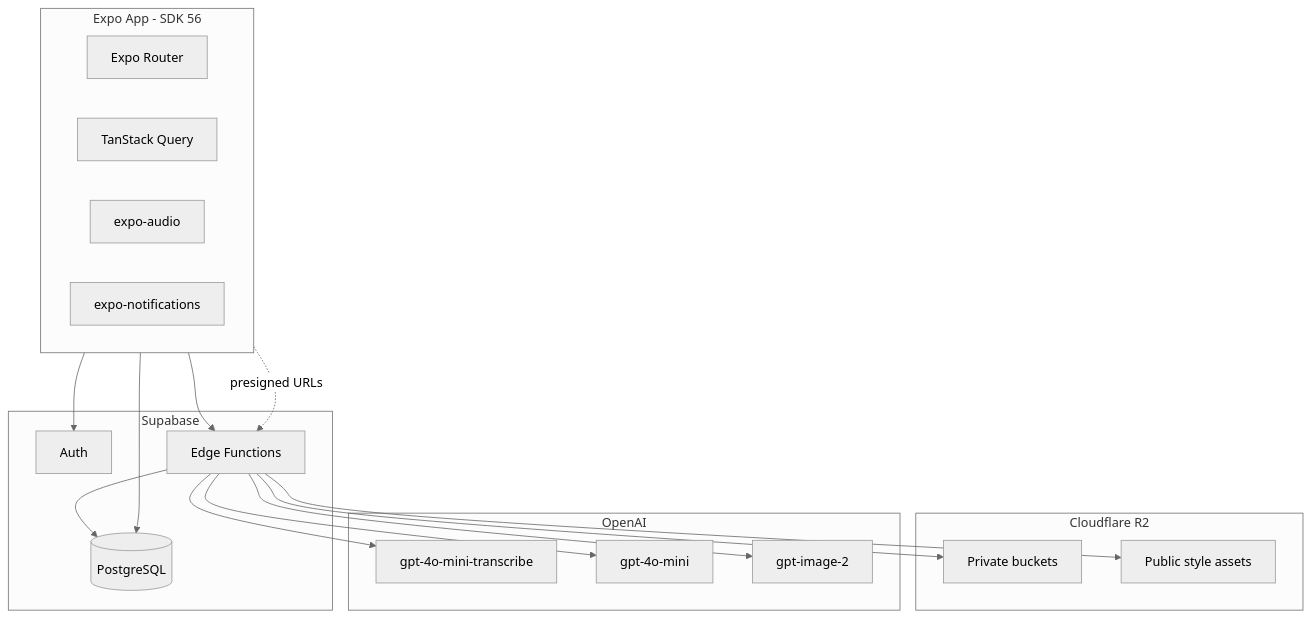
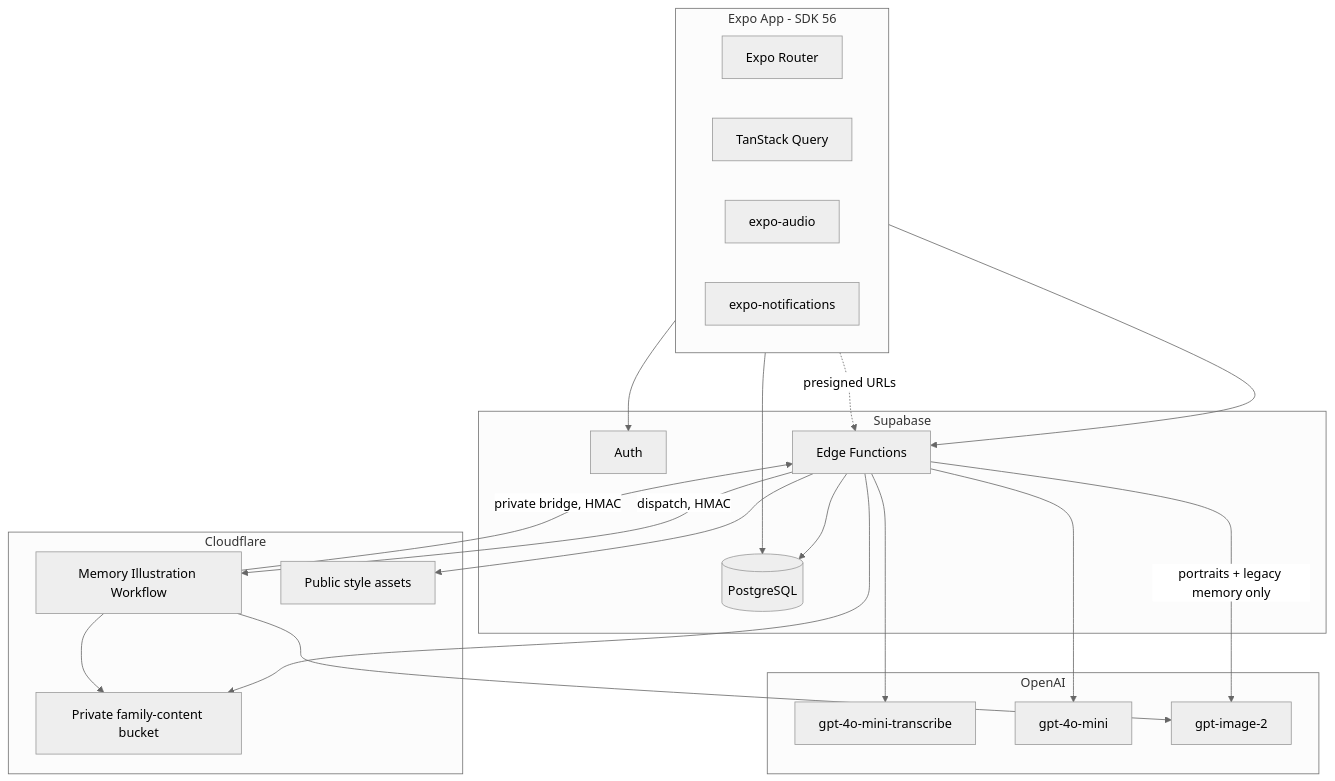
One commit to eduardoyi/newmomora changed the first of 2 diagrams in docs/TECH_SPEC.md. Above: the diagram before and after it, drawn with Mermaid (neutral theme). The commit also changed other lines of this file and 57 other files, not shown here.

Commit message:
feat: move memory illustrations to Cloudflare Workflows

````diff
--- a/docs/TECH_SPEC.md
+++ b/docs/TECH_SPEC.md
@@ -14,37 +14,42 @@
 ```mermaid
 flowchart TB
     subgraph client [Expo App - SDK 56]
         Router[Expo Router]
         RQ[TanStack Query]
         Audio[expo-audio]
         Push[expo-notifications]
     end
 
     subgraph supabase [Supabase]
         Auth[Auth]
         DB[(PostgreSQL)]
         Edge[Edge Functions]
     end
 
-    subgraph cloudflare [Cloudflare R2]
-        R2Private[Private buckets]
+    subgraph cloudflare [Cloudflare]
+        Workflow[Memory Illustration Workflow]
+        R2Private[Private family-content bucket]
         R2Public[Public style assets]
     end
 
     subgraph openai [OpenAI]
         STT[gpt-4o-mini-transcribe]
         LLM[gpt-4o-mini]
         Image[gpt-image-2]
     end
 
     client --> Auth
     client --> DB
     client --> Edge
     Edge --> DB
     Edge --> R2Private
     Edge --> R2Public
     Edge --> STT
     Edge --> LLM
-    Edge --> Image
+    Edge -->|portraits + legacy memory only| Image
+    Edge -->|dispatch, HMAC| Workflow
+    Workflow -->|private bridge, HMAC| Edge
+    Workflow --> Image
+    Workflow --> R2Private
     client -. presigned URLs .-> Edge
 ```
````
